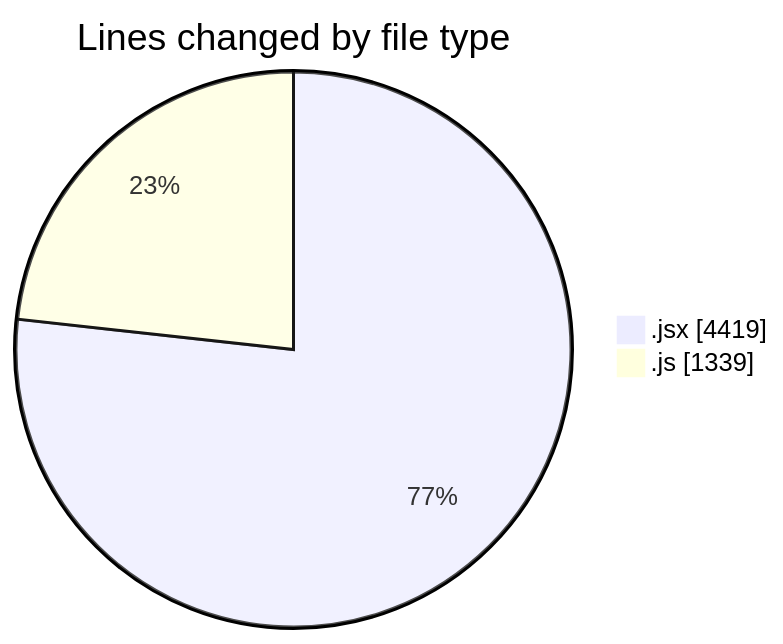
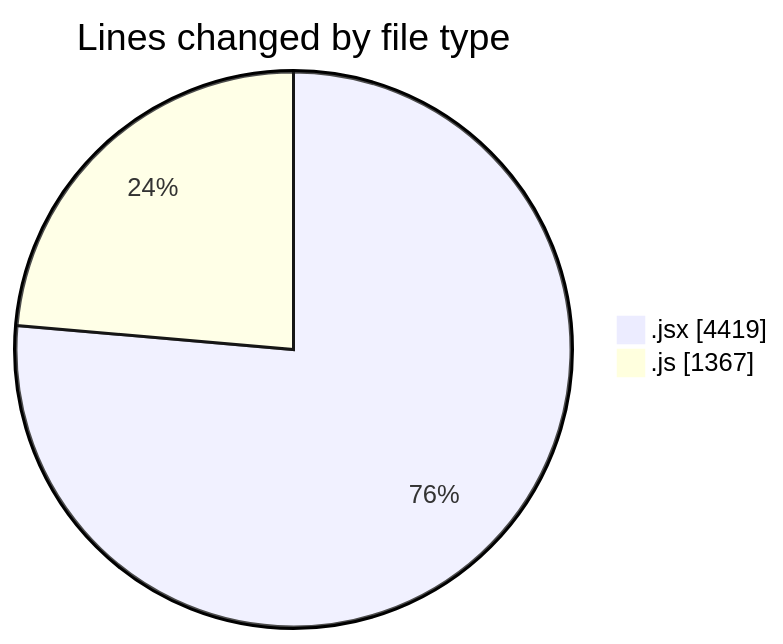
One commit to nxtqubesakshisongat/code-tracking changed the first of 2 diagrams in 2025-08-03/nxtqube_webapp/README.md. Above: the diagram before and after it, drawn with Mermaid. The commit also changed other lines of this file and 1 other file, not shown here.

````diff
--- a/2025-08-03/nxtqube_webapp/README.md
+++ b/2025-08-03/nxtqube_webapp/README.md
@@ -31,6 +31,6 @@
 ```mermaid
 pie showData
 title Lines changed by file type
 ".jsx" : 4419
-".js" : 1339
+".js" : 1367
 ```
````
